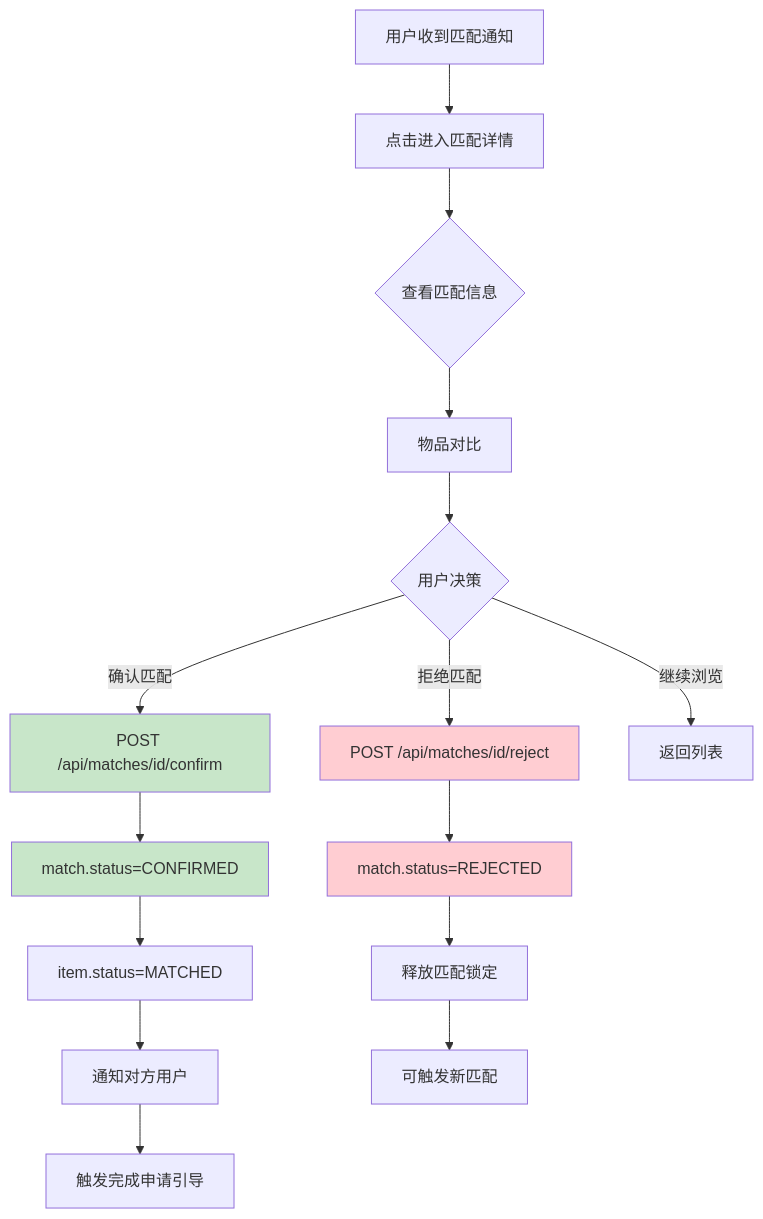
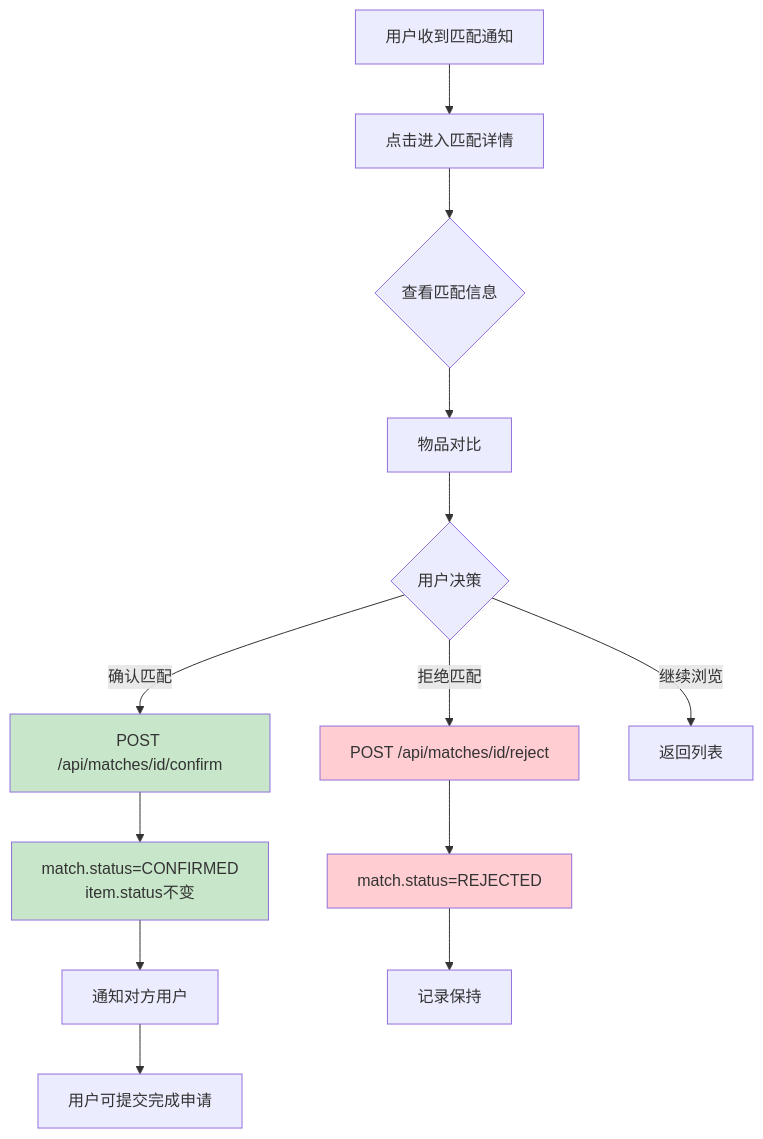
Diagram 13 of 30 in docs/项目图表.md (zwj-3193655211/campus-LostandFound), drawn with Mermaid before and after one commit. The commit also changed other lines of this file, not shown here.

Commit message:
docs: 更新匹配时序图阈值

````diff
--- a/docs/项目图表.md
+++ b/docs/项目图表.md
@@ -685,25 +685,23 @@
 ```mermaid
 flowchart TD
     A[用户收到匹配通知] --> B[点击进入匹配详情]
     B --> C{查看匹配信息}
     C --> D[物品对比]
     D --> E{用户决策}
 
     E -->|确认匹配| F[POST /api/matches/id/confirm]
     E -->|拒绝匹配| G[POST /api/matches/id/reject]
     E -->|继续浏览| H[返回列表]
 
-    F --> I[match.status=CONFIRMED]
-    I --> J[item.status=MATCHED]
-    J --> K[通知对方用户]
-    K --> L[触发完成申请引导]
+    F --> I[match.status=CONFIRMED<br/>item.status不变]
+    I --> J[通知对方用户]
+    J --> K[用户可提交完成申请]
 
     G --> M[match.status=REJECTED]
-    M --> N[释放匹配锁定]
-    N --> O[可触发新匹配]
+    M --> N[记录保持]
 
     style F fill:#c8e6c9
     style G fill:#ffcdd2
     style I fill:#c8e6c9
     style M fill:#ffcdd2
 ```
````
